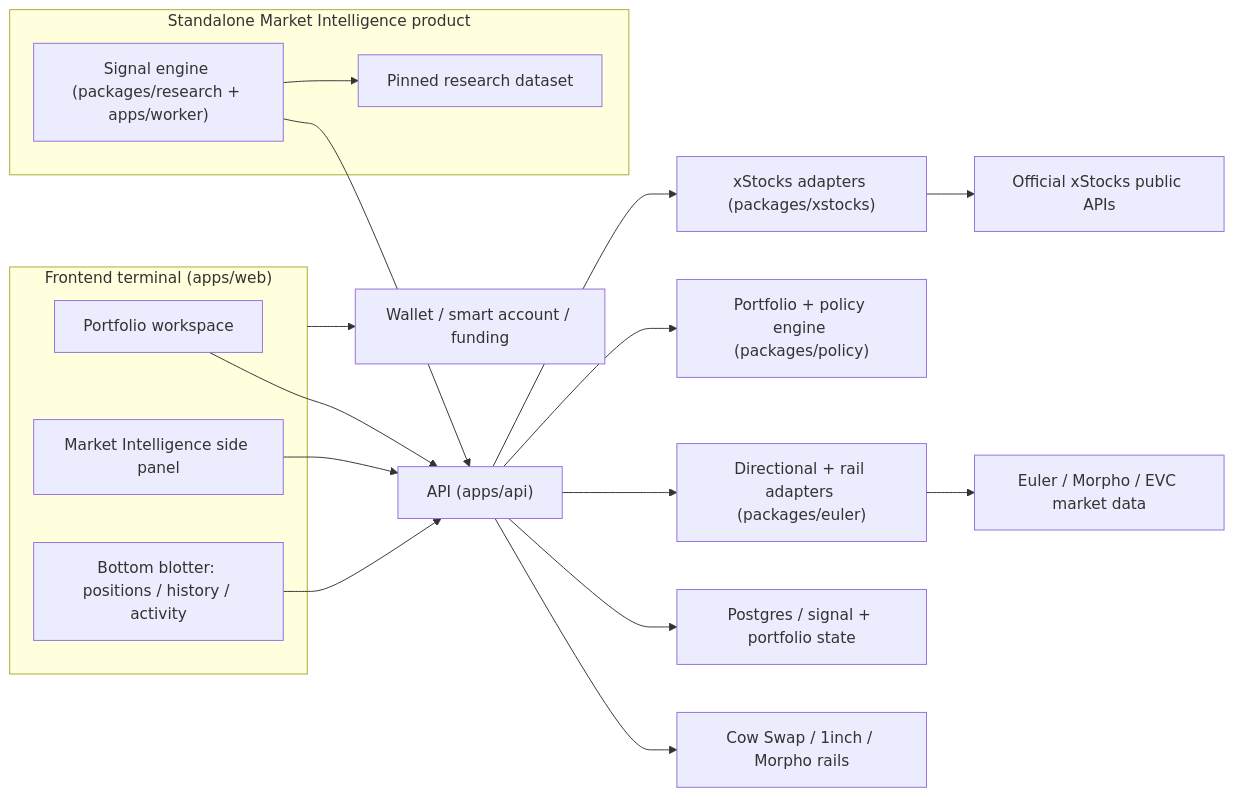
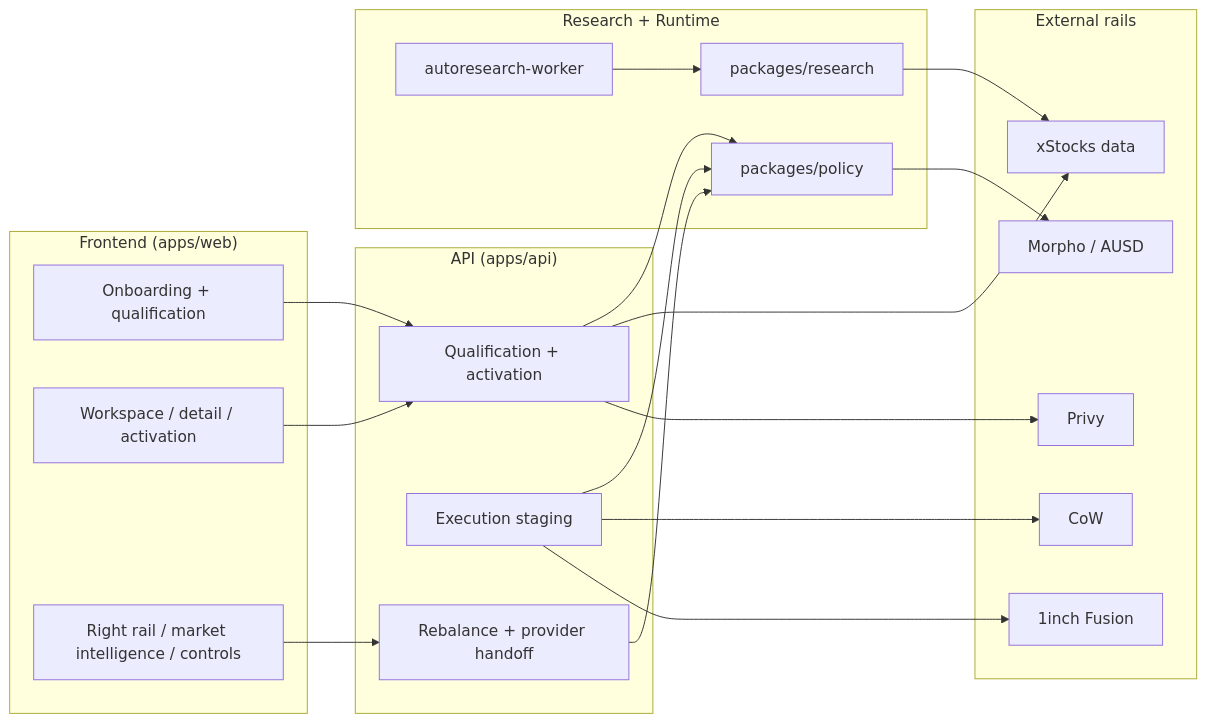
Before and after one commit to twentyOne2x/xstocks-strategy-lab: the diagram in README.md, drawn with Mermaid. The commit also changed other lines of this file, not shown here.

````diff
--- a/README.md
+++ b/README.md
@@ -76,28 +93,42 @@
 ```mermaid
 flowchart LR
-    subgraph T["Frontend terminal (apps/web)"]
-        A["Portfolio workspace"]
-        M["Market Intelligence side panel"]
-        N["Bottom blotter: positions / history / activity"]
+    subgraph W["Frontend (apps/web)"]
+        O["Onboarding + qualification"]
+        WS["Workspace / detail / activation"]
+        RR["Right rail / market intelligence / controls"]
     end
 
-    A --> B["API (apps/api)"]
-    M --> B
-    N --> B
-
-    subgraph I["Standalone Market Intelligence product"]
-        F["Signal engine (packages/research + apps/worker)"]
-        G["Pinned research dataset"]
+    subgraph A["API (apps/api)"]
+        QA["Qualification + activation"]
+        EX["Execution staging"]
+        RB["Rebalance + provider handoff"]
     end
 
-    B --> C["xStocks adapters (packages/xstocks)"]
-    B --> D["Portfolio + policy engine (packages/policy)"]
-    B --> E["Directional + rail adapters (packages/euler)"]
-    F --> B
-    F --> G
-    C --> H["Official xStocks public APIs"]
-    E --> J["Euler / Morpho / EVC market data"]
-    B --> K["Postgres / signal + portfolio state"]
-    T --> L["Wallet / smart account / funding"]
-    B --> O["Cow Swap / 1inch / Morpho rails"]
+    subgraph R["Research + Runtime"]
+        WK["autoresearch-worker"]
+        RE["packages/research"]
+        PO["packages/policy"]
+    end
+
+    subgraph X["External rails"]
+        XS["xStocks data"]
+        CW["CoW"]
+        OI["1inch Fusion"]
+        PR["Privy"]
+        MF["Morpho / AUSD"]
+    end
+
+    O --> QA
+    WS --> QA
+    RR --> RB
+    QA --> PO
+    EX --> PO
+    RB --> PO
+    QA --> XS
+    EX --> CW
+    EX --> OI
+    QA --> PR
+    WK --> RE
+    RE --> XS
+    PO --> MF
 ```
````
